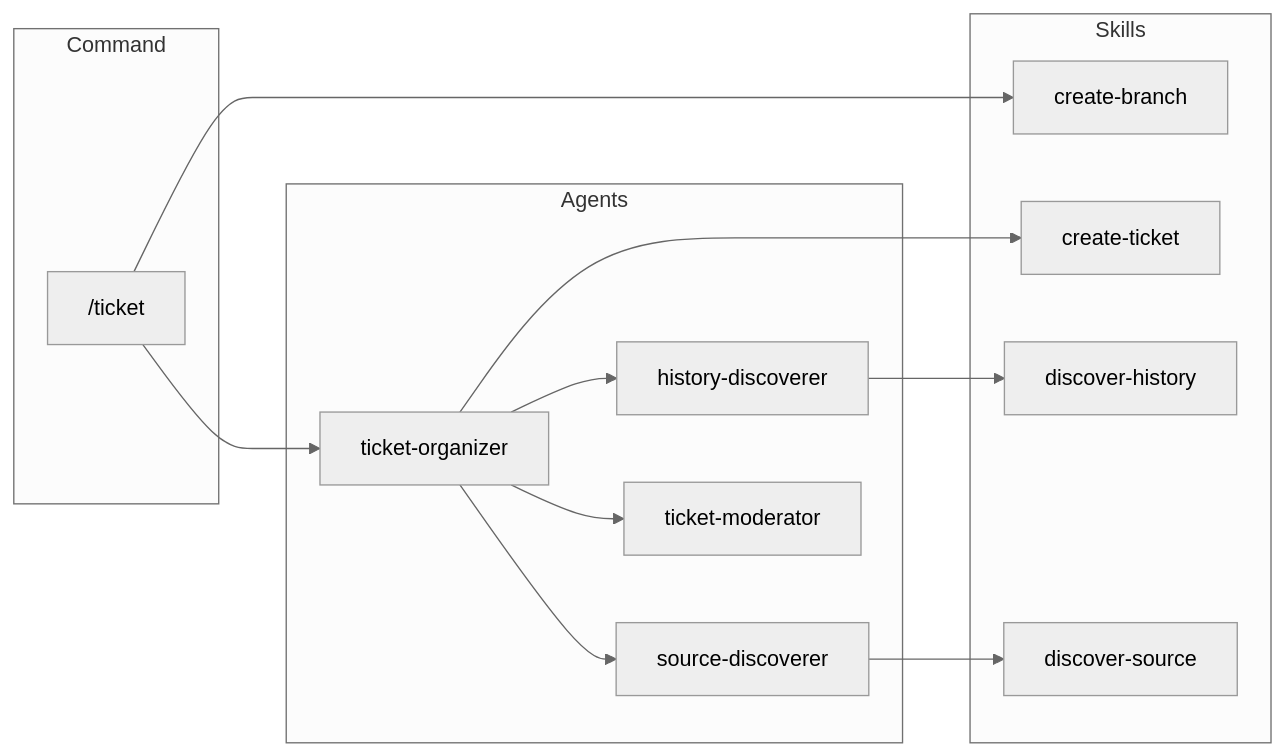
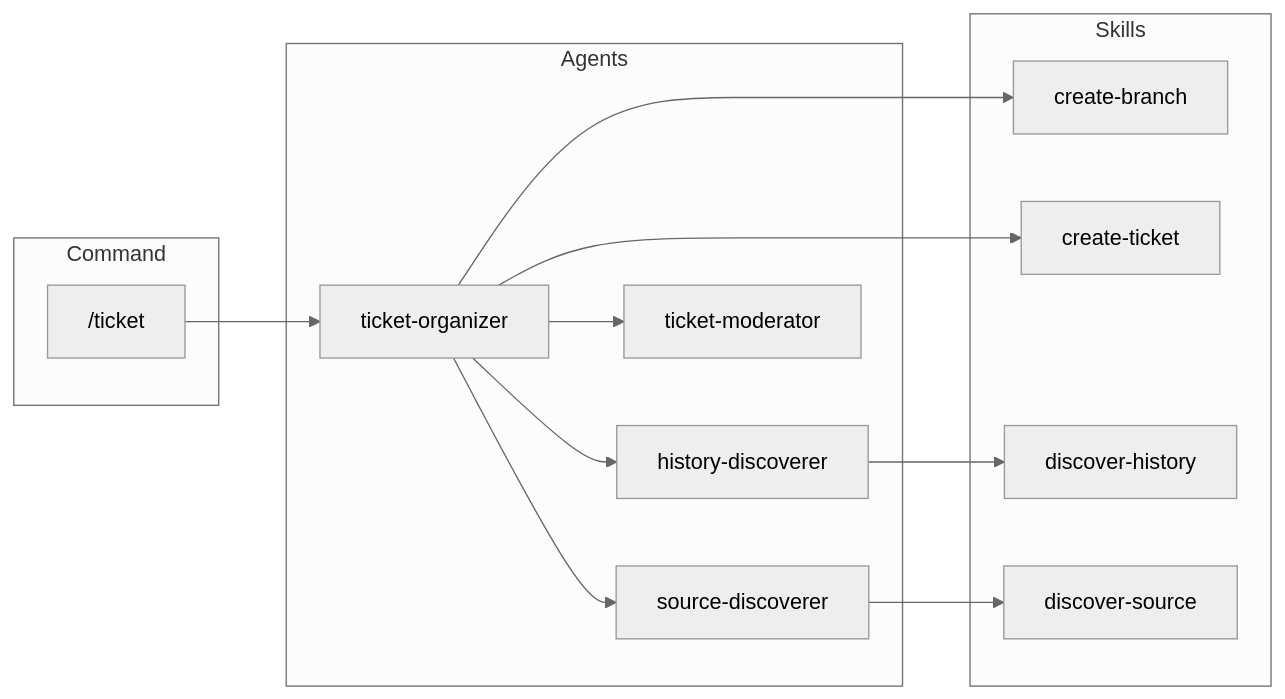
One commit to qmu/workaholic changed the second of 6 diagrams in .workaholic/specs/architecture.md. Above: the diagram before and after it, drawn with Mermaid (neutral theme). The commit also changed 1 other file, not shown here.

Commit message:
Fix /ticket dependencies diagram to reflect create-branch move
The create-branch skill was moved from /ticket command to ticket-organizer
subagent in commit 55a4953. Update the dependency diagram to show
to --> cb instead of ticket --> cb.

````diff
--- a/.workaholic/specs/architecture.md
+++ b/.workaholic/specs/architecture.md
@@ -173,29 +173,28 @@
 ```mermaid
 flowchart LR
     subgraph Command
         ticket["/ticket"]
     end
 
     subgraph Agents
         to[ticket-organizer]
         hd[history-discoverer]
         sd[source-discoverer]
         tm[ticket-moderator]
     end
 
     subgraph Skills
         cb[create-branch]
         ct[create-ticket]
         dh[discover-history]
         ds[discover-source]
     end
 
-    ticket --> cb
     ticket --> to
 
     to --> hd & sd & tm
-    to --> ct
+    to --> ct & cb
 
     hd --> dh
     sd --> ds
 ```
````
